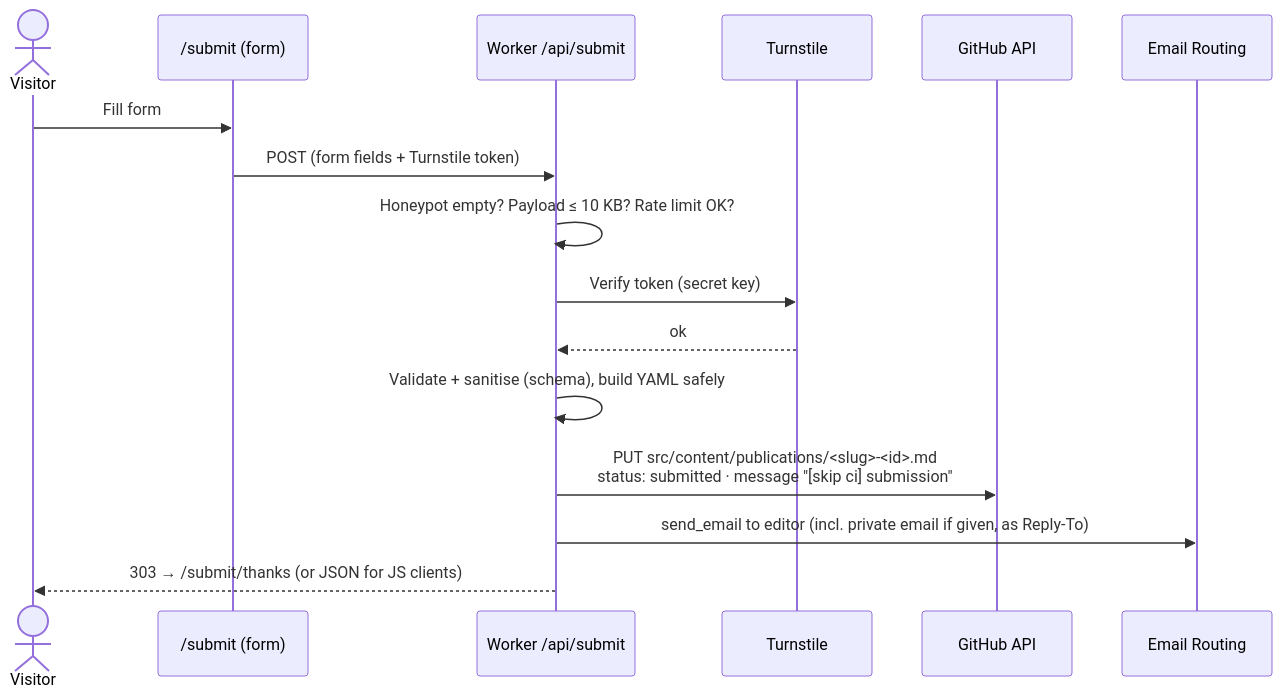
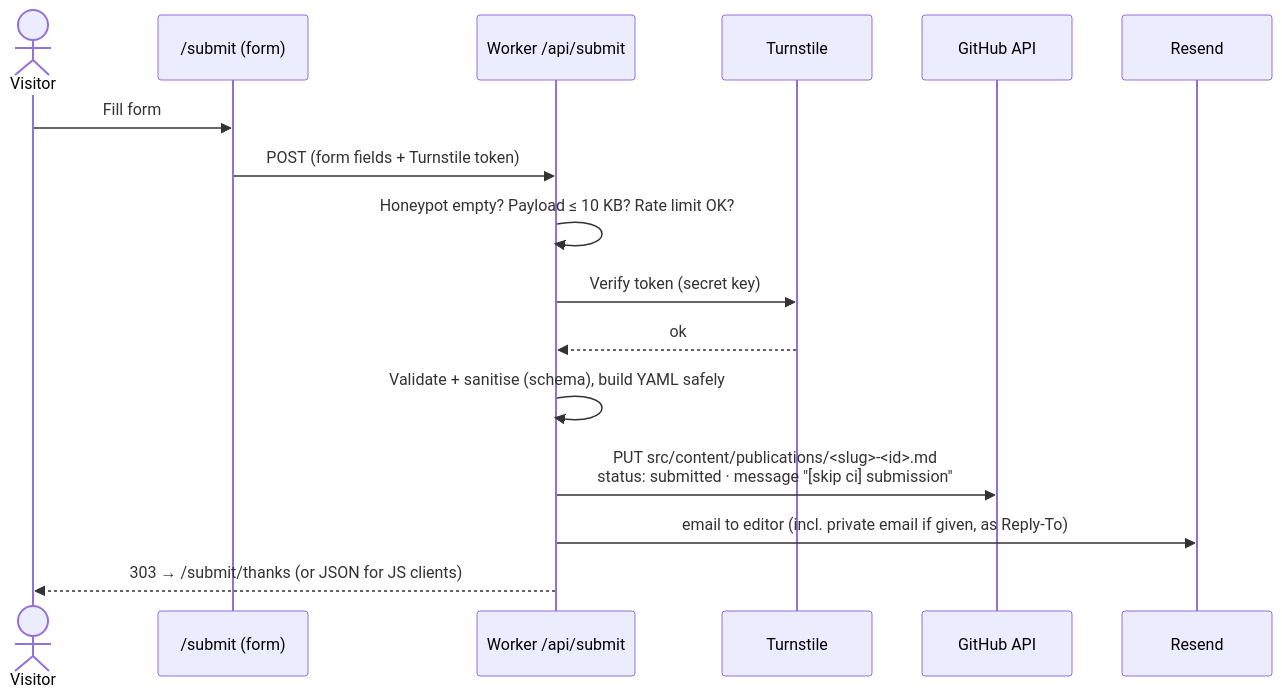
Before and after one commit to guillaumeberry/typereads: the fifth of 5 diagrams in docs/04-architecture.md, drawn with Mermaid. The commit also changed other lines of this file and 6 other files, not shown here.

First line of the commit message:
Submissions: real Turnstile site key, email alerts via Resend

````diff
--- a/docs/04-architecture.md
+++ b/docs/04-architecture.md
@@ -278,18 +278,18 @@
 ```mermaid
 sequenceDiagram
   actor U as Visitor
   participant F as /submit (form)
   participant W as Worker /api/submit
   participant T as Turnstile
   participant GH as GitHub API
-  participant M as Email Routing
+  participant M as Resend
   U->>F: Fill form
   F->>W: POST (form fields + Turnstile token)
   W->>W: Honeypot empty? Payload ≤ 10 KB? Rate limit OK?
   W->>T: Verify token (secret key)
   T-->>W: ok
   W->>W: Validate + sanitise (schema), build YAML safely
   W->>GH: PUT src/content/publications/<slug>-<id>.md<br/>status: submitted · message "[skip ci] submission"
-  W->>M: send_email to editor (incl. private email if given, as Reply-To)
+  W->>M: email to editor (incl. private email if given, as Reply-To)
   W-->>U: 303 → /submit/thanks (or JSON for JS clients)
 ```
````
